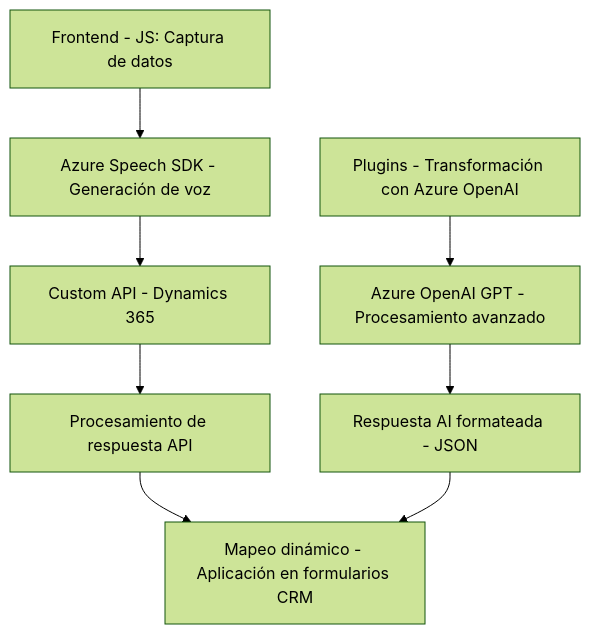
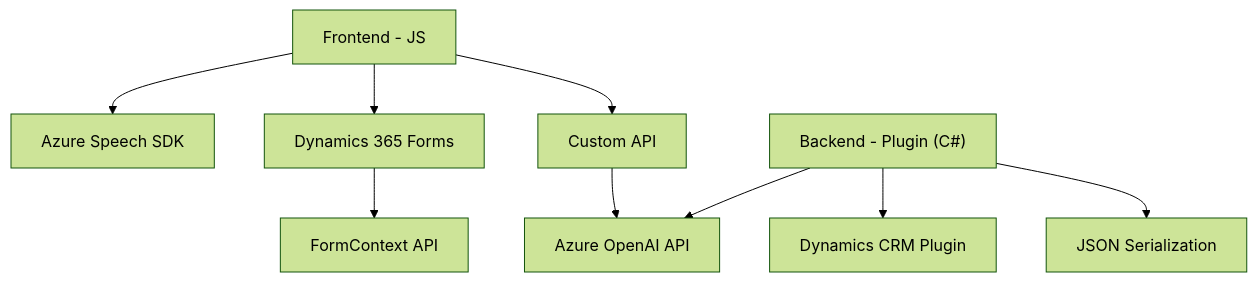
Before and after one commit to blopezdm/NETCORE_BILBAO2025: the diagram in README.md, drawn with Mermaid (forest theme). The commit also changed other lines of this file, not shown here.

Commit message:
Actualizar análisis global de la solución con IA

````diff
--- a/README.md
+++ b/README.md
@@ -42,11 +37,13 @@
 ```mermaid
 graph TD
-    A["Frontend - JS: Captura de datos"] --> B["Azure Speech SDK - Generación de voz"]
-    B --> C["Custom API - Dynamics 365"]
-    C --> D["Procesamiento de respuesta API"]
-    D --> E["Mapeo dinámico - Aplicación en formularios CRM"]
-    F["Plugins - Transformación con Azure OpenAI"]
-    F --> G["Azure OpenAI GPT - Procesamiento avanzado"]
-    G --> H["Respuesta AI formateada - JSON"]
-    H --> E
+    A["Frontend - JS"] --> B["Azure Speech SDK"]
+    A --> C["Custom API"]
+    A --> D["Dynamics 365 Forms"]
+    D --> E["FormContext API"]
+
+    F["Backend - Plugin (C#)"] --> G["Dynamics CRM Plugin"]
+    F --> H["Azure OpenAI API"]
+    F --> I["JSON Serialization"]
+    
+    C --> H
 ```
````
